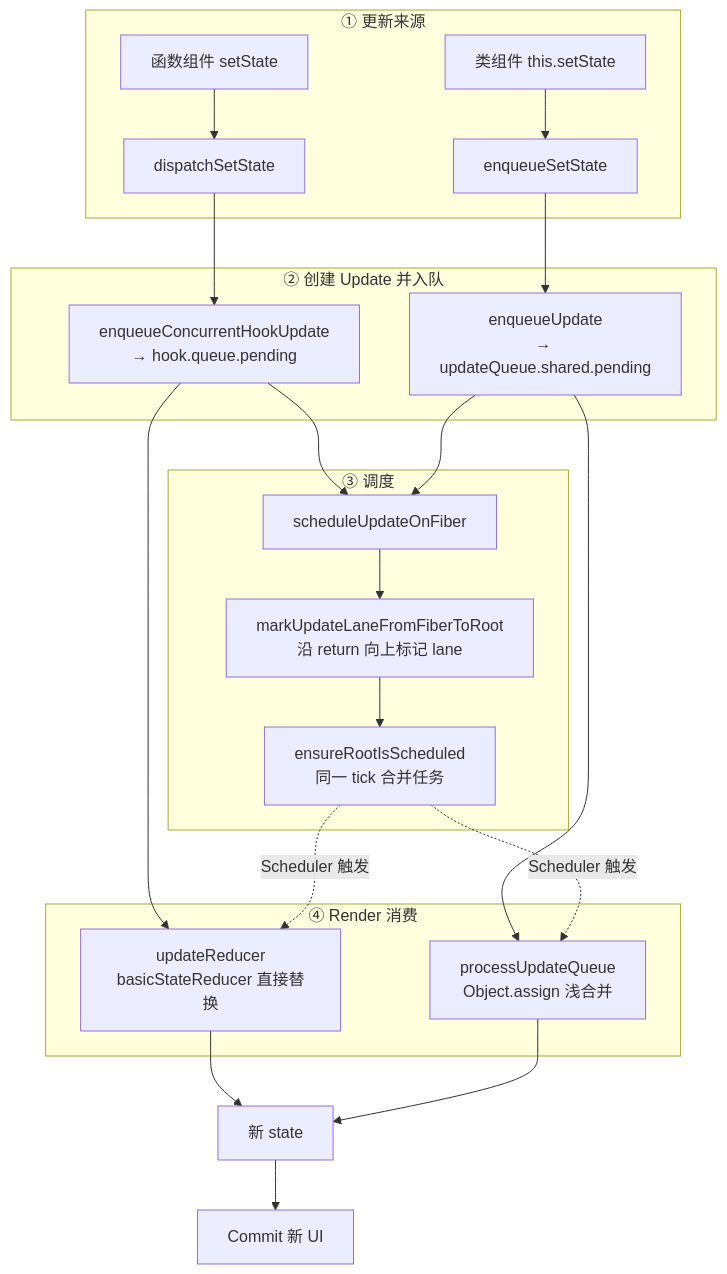
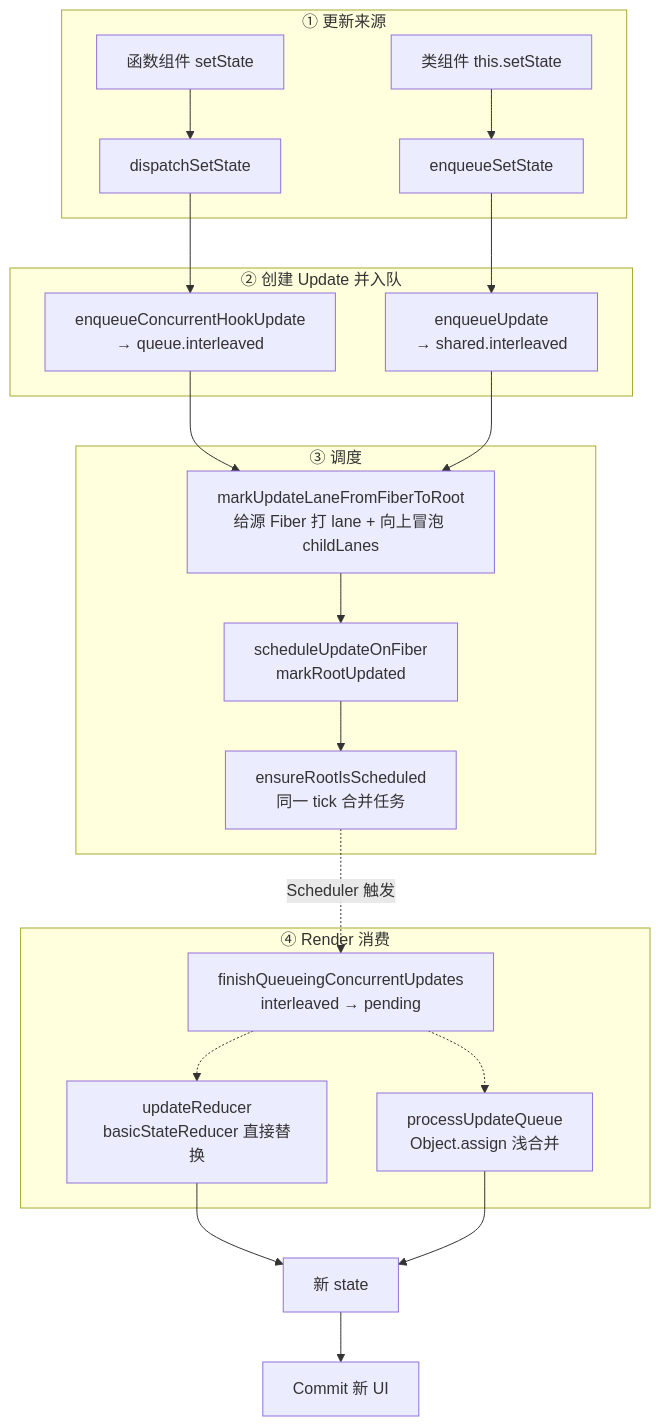
One commit to sentibeitaokong/CoreFront-EndConcepts changed the first of 2 diagrams in apps/docs/frameworks/react/advanced/core-design/updateBatching.md. Above: the diagram before and after it, drawn with Mermaid. The commit also changed other lines of this file and 15 other files, not shown here.

````diff
--- a/apps/docs/frameworks/react/advanced/core-design/updateBatching.md
+++ b/apps/docs/frameworks/react/advanced/core-design/updateBatching.md
@@ -9,31 +9,30 @@
 ```mermaid
 flowchart TB
     subgraph src["① 更新来源"]
         H1[函数组件 setState] --> DSP[dispatchSetState]
         C1[类组件 this.setState] --> ES[enqueueSetState]
     end
 
     subgraph enq["② 创建 Update 并入队"]
-        DSP --> H2[enqueueConcurrentHookUpdate<br/>→ hook.queue.pending]
-        ES --> C2[enqueueUpdate<br/>→ updateQueue.shared.pending]
+        DSP --> H2[enqueueConcurrentHookUpdate<br/>→ queue.interleaved]
+        ES --> C2[enqueueUpdate<br/>→ shared.interleaved]
     end
 
     subgraph sch["③ 调度"]
-        H2 --> S1[scheduleUpdateOnFiber]
-        C2 --> S1
-        S1 --> S2[markUpdateLaneFromFiberToRoot<br/>沿 return 向上标记 lane]
-        S2 --> S3[ensureRootIsScheduled<br/>同一 tick 合并任务]
+        H2 --> S2[markUpdateLaneFromFiberToRoot<br/>给源 Fiber 打 lane + 向上冒泡 childLanes]
+        C2 --> S2
+        S2 --> S1[scheduleUpdateOnFiber<br/>markRootUpdated]
+        S1 --> S3[ensureRootIsScheduled<br/>同一 tick 合并任务]
     end
 
     subgraph rdr["④ Render 消费"]
-        H2 --> H4[updateReducer<br/>basicStateReducer 直接替换]
-        C2 --> C4[processUpdateQueue<br/>Object.assign 浅合并]
+        FQ[finishQueueingConcurrentUpdates<br/>interleaved → pending] -.-> H4[updateReducer<br/>basicStateReducer 直接替换]
+        FQ -.-> C4[processUpdateQueue<br/>Object.assign 浅合并]
     end
 
-    S3 -.->|Scheduler 触发| H4
-    S3 -.->|Scheduler 触发| C4
+    S3 -.->|Scheduler 触发| FQ
 
     H4 --> OUT[新 state]
     C4 --> OUT
     OUT --> CM[Commit 新 UI]
 ```
````
